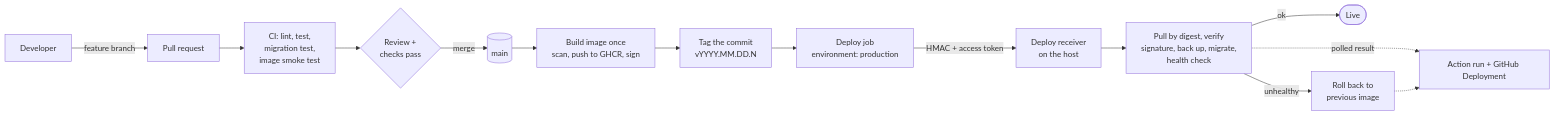
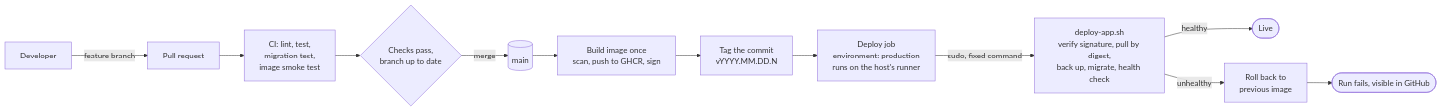
Before and after one commit to mlh5599/muddys-music-cafe: the first of 3 diagrams in docs/deployment.md, drawn with Mermaid. The commit also changed other lines of this file, not shown here.

First line of the commit message:
Document the runner-based deploy design

````diff
--- a/docs/deployment.md
+++ b/docs/deployment.md
@@ -19,16 +20,14 @@
 ```mermaid
 flowchart LR
     dev[Developer] -->|feature branch| pr[Pull request]
     pr --> ci[CI: lint, test,<br/>migration test,<br/>image smoke test]
-    ci --> review{Review +<br/>checks pass}
+    ci --> review{Checks pass,<br/>branch up to date}
     review -->|merge| main[(main)]
     main --> build[Build image once<br/>scan, push to GHCR, sign]
     build --> tag[Tag the commit<br/>vYYYY.MM.DD.N]
-    tag --> deploy[Deploy job<br/>environment: production]
-    deploy -->|HMAC + access token| hook[Deploy receiver<br/>on the host]
-    hook --> run[Pull by digest, verify<br/>signature, back up, migrate,<br/>health check]
-    run -->|ok| done([Live])
-    run -->|unhealthy| rb[Roll back to<br/>previous image]
-    run -.->|polled result| gh[Action run + GitHub Deployment]
-    rb -.-> gh
+    tag --> deploy[Deploy job<br/>environment: production<br/>runs on the host's runner]
+    deploy -->|sudo, fixed command| script[deploy-app.sh<br/>verify signature, pull by digest,<br/>back up, migrate, health check]
+    script -->|healthy| done([Live])
+    script -->|unhealthy| rb[Roll back to<br/>previous image]
+    rb --> fail([Run fails, visible in GitHub])
 ```
````
